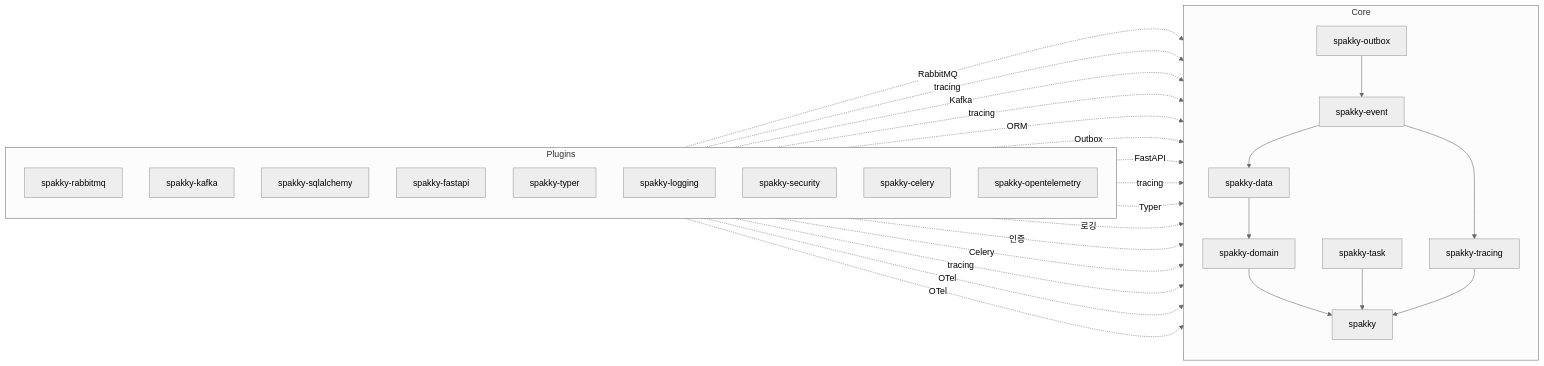
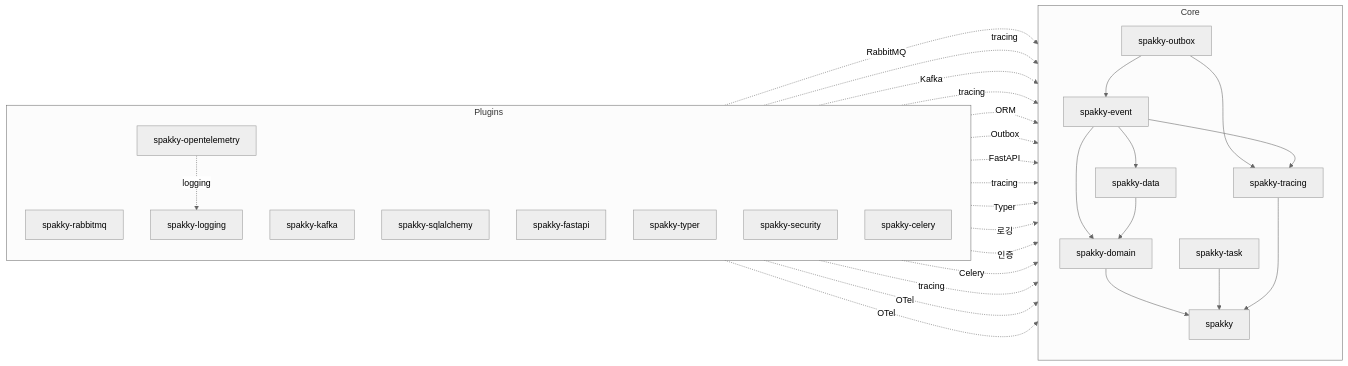
Before and after one commit to E5presso/spakky-framework: the diagram in docs/index.md, drawn with Mermaid (neutral theme). The commit also changed 6 other files, not shown here.

````diff
--- a/docs/index.md
+++ b/docs/index.md
@@ -245,42 +245,45 @@
 ```mermaid
 flowchart LR
   subgraph Plugins[Plugins]
     direction TB
     rabbitmq[spakky-rabbitmq]
     kafka[spakky-kafka]
     sqlalchemy[spakky-sqlalchemy]
     fastapi[spakky-fastapi]
     typer[spakky-typer]
     logging[spakky-logging]
     security[spakky-security]
     celery[spakky-celery]
     opentelemetry[spakky-opentelemetry]
   end
 
   subgraph Core[Core]
     direction TB
     outbox[spakky-outbox] --> event[spakky-event]
+    outbox --> tracing_dep[spakky-tracing]
     event --> data[spakky-data]
-    event --> tracing_dep[spakky-tracing]
-    data --> domain[spakky-domain]
+    event --> tracing_dep
+    event --> domain[spakky-domain]
+    data --> domain
     domain --> core[spakky]
     task[spakky-task] --> core
     tracing_dep --> core
   end
 
   rabbitmq -. RabbitMQ .-> event
   rabbitmq -. tracing .-> tracing_dep
   kafka -. Kafka .-> event
   kafka -. tracing .-> tracing_dep
   sqlalchemy -. ORM .-> data
   sqlalchemy -. Outbox .-> outbox
   fastapi -. FastAPI .-> core
   fastapi -. tracing .-> tracing_dep
   typer -. Typer .-> core
   logging -. 로깅 .-> core
   security -. 인증 .-> core
   celery -. Celery .-> task
   celery -. tracing .-> tracing_dep
   opentelemetry -. OTel .-> core
   opentelemetry -. OTel .-> tracing_dep
+  opentelemetry -. logging .-> logging
 ```
````
